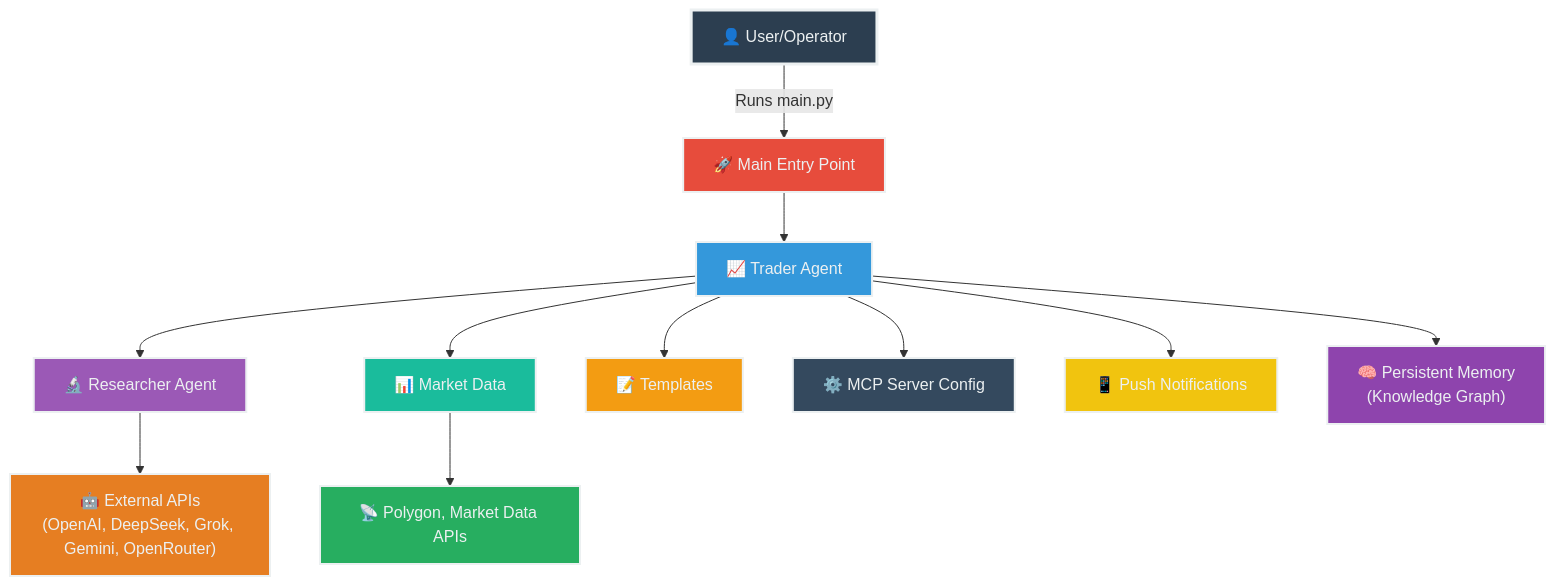
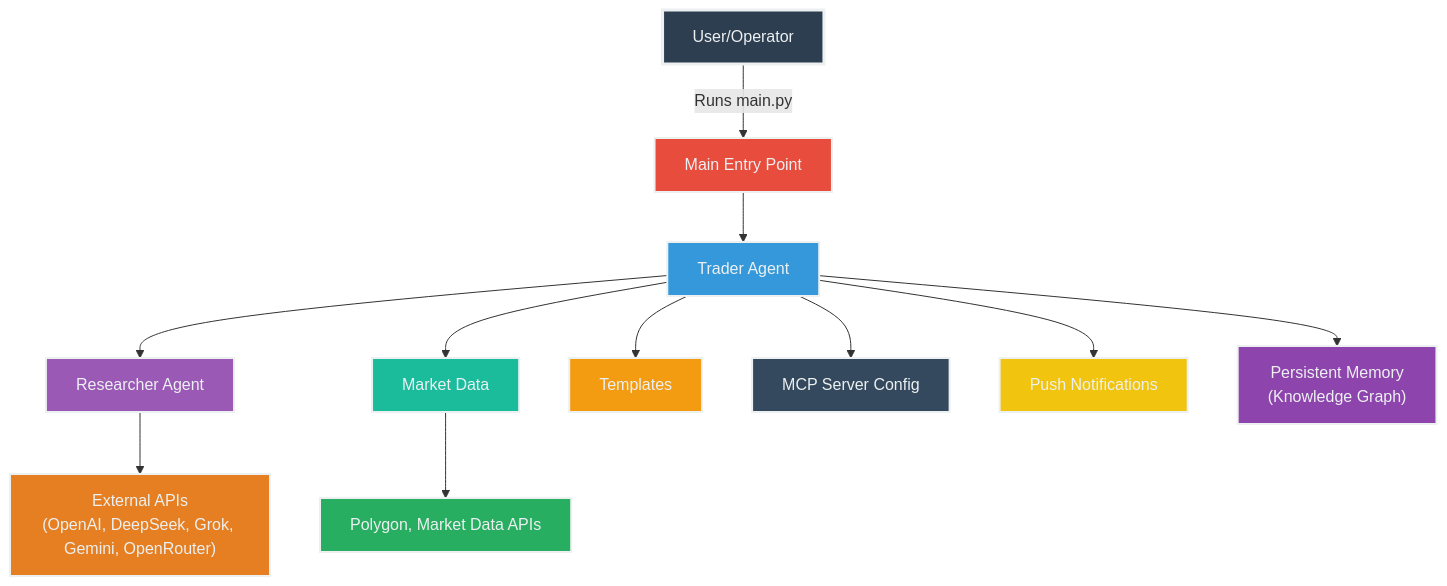
The second of 2 diagrams in README.md (arneesh/mcp-autonomous-traders), drawn with Mermaid before and after one commit. The commit also changed other lines of this file, not shown here.

````diff
--- a/README.md
+++ b/README.md
@@ -99,25 +99,25 @@
 ```mermaid
 flowchart TD
-    A["👤 User/Operator"] -->|"Runs main.py"| B["🚀 Main Entry Point"]
-    B --> C["📈 Trader Agent"]
-    C --> D["🔬 Researcher Agent"]
-    C --> E["📊 Market Data"]
-    C --> F["📝 Templates"]
-    C --> G["⚙️ MCP Server Config"]
-    D --> H["🤖 External APIs<br/>(OpenAI, DeepSeek, Grok, Gemini, OpenRouter)"]
-    E --> I["📡 Polygon, Market Data APIs"]
-    C --> J["📱 Push Notifications"]
-    C --> K["🧠 Persistent Memory<br/>(Knowledge Graph)"]
-    
+    A["User/Operator"] -->|"Runs main.py"| B["Main Entry Point"]
+    B --> C["Trader Agent"]
+    C --> D["Researcher Agent"]
+    C --> E["Market Data"]
+    C --> F["Templates"]
+    C --> G["MCP Server Config"]
+    D --> H["External APIs<br/>(OpenAI, DeepSeek, Grok, Gemini, OpenRouter)"]
+    E --> I["Polygon, Market Data APIs"]
+    C --> J["Push Notifications"]
+    C --> K["Persistent Memory<br/>(Knowledge Graph)"]
+
     style A fill:#2c3e50,stroke:#ecf0f1,stroke-width:3px,color:#ecf0f1
     style B fill:#e74c3c,stroke:#ecf0f1,stroke-width:2px,color:#ecf0f1
     style C fill:#3498db,stroke:#ecf0f1,stroke-width:2px,color:#ecf0f1
     style D fill:#9b59b6,stroke:#ecf0f1,stroke-width:2px,color:#ecf0f1
     style E fill:#1abc9c,stroke:#ecf0f1,stroke-width:2px,color:#ecf0f1
     style F fill:#f39c12,stroke:#ecf0f1,stroke-width:2px,color:#ecf0f1
     style G fill:#34495e,stroke:#ecf0f1,stroke-width:2px,color:#ecf0f1
     style H fill:#e67e22,stroke:#ecf0f1,stroke-width:2px,color:#ecf0f1
     style I fill:#27ae60,stroke:#ecf0f1,stroke-width:2px,color:#ecf0f1
     style J fill:#f1c40f,stroke:#ecf0f1,stroke-width:2px,color:#ecf0f1
     style K fill:#8e44ad,stroke:#ecf0f1,stroke-width:2px,color:#ecf0f1
 ```
````
